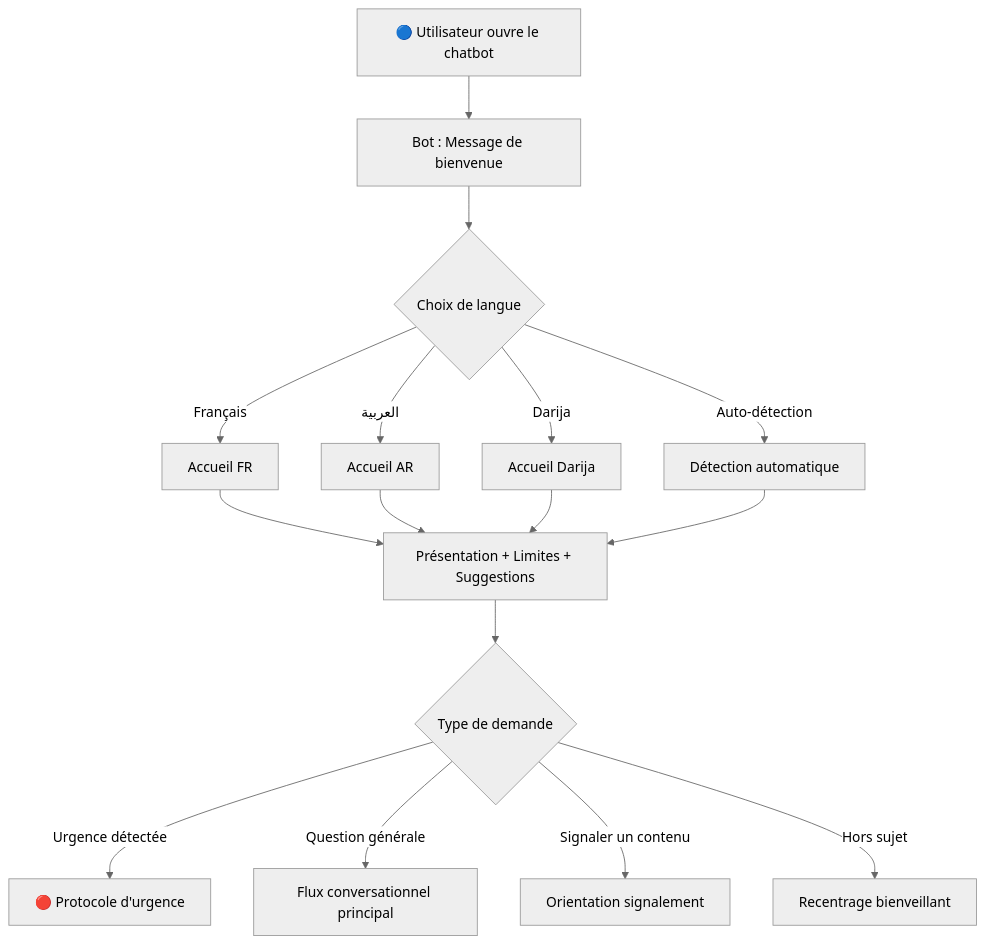
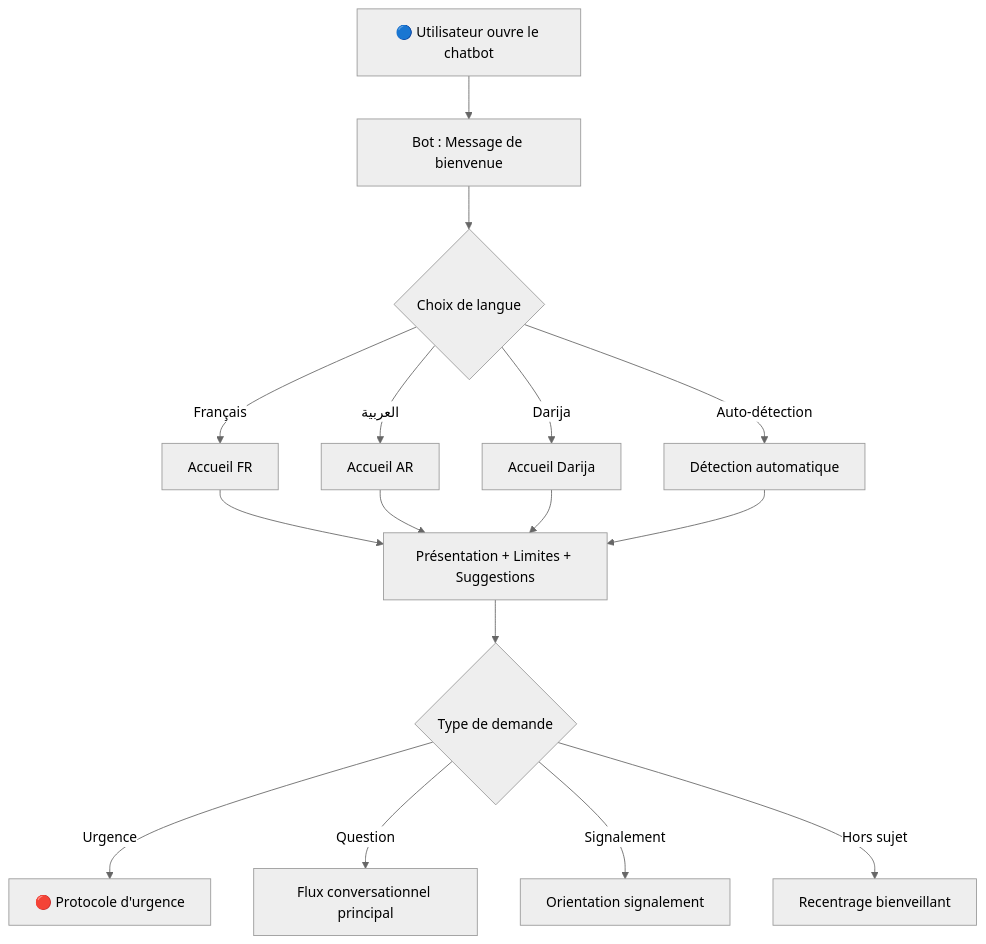
The first of 7 diagrams in docs/scenarios_conversationnels.md (SALMASAID1/Chatbot-IA-multilingue-d-assistance-aux-victimes-de-cyberviolences-), drawn with Mermaid (neutral theme) before and after one commit. The commit also changed other lines of this file, not shown here.

````diff
--- a/docs/scenarios_conversationnels.md
+++ b/docs/scenarios_conversationnels.md
@@ -14,18 +14,18 @@
 ```mermaid
 flowchart TD
     A["🔵 Utilisateur ouvre le chatbot"] --> B["Bot : Message de bienvenue"]
     B --> C{"Choix de langue"}
-    C -->|Français| D["Accueil FR"]
-    C -->|العربية| E["Accueil AR"]
-    C -->|Darija| F["Accueil Darija"]
-    C -->|Auto-détection| G["Détection automatique"]
+    C -- "Français" --> D["Accueil FR"]
+    C -- "العربية" --> E["Accueil AR"]
+    C -- "Darija" --> F["Accueil Darija"]
+    C -- "Auto-détection" --> G["Détection automatique"]
     D --> H["Présentation + Limites + Suggestions"]
     E --> H
     F --> H
     G --> H
     H --> I{"Type de demande"}
-    I -->|Urgence détectée| J["🔴 Protocole d'urgence"]
-    I -->|Question générale| K["Flux conversationnel principal"]
-    I -->|Signaler un contenu| L["Orientation signalement"]
-    I -->|Hors sujet| M["Recentrage bienveillant"]
+    I -- "Urgence" --> J["🔴 Protocole d'urgence"]
+    I -- "Question" --> K["Flux conversationnel principal"]
+    I -- "Signalement" --> L["Orientation signalement"]
+    I -- "Hors sujet" --> M["Recentrage bienveillant"]
 ```
````
